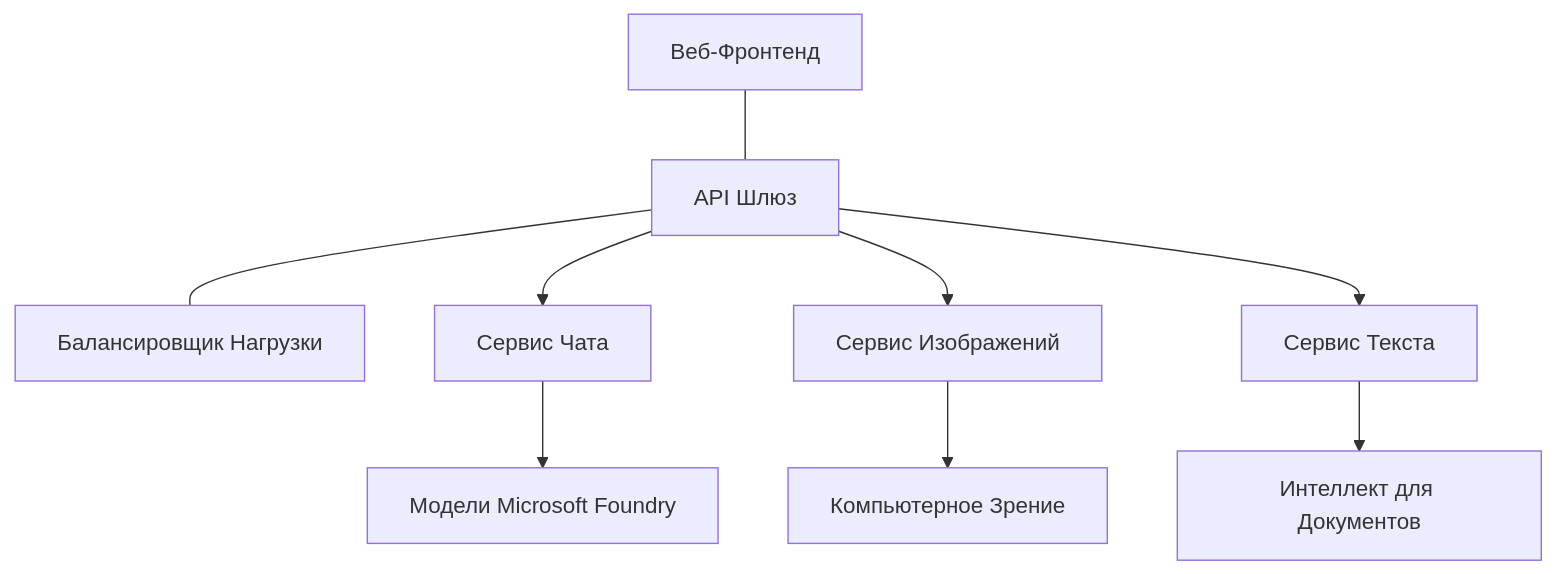
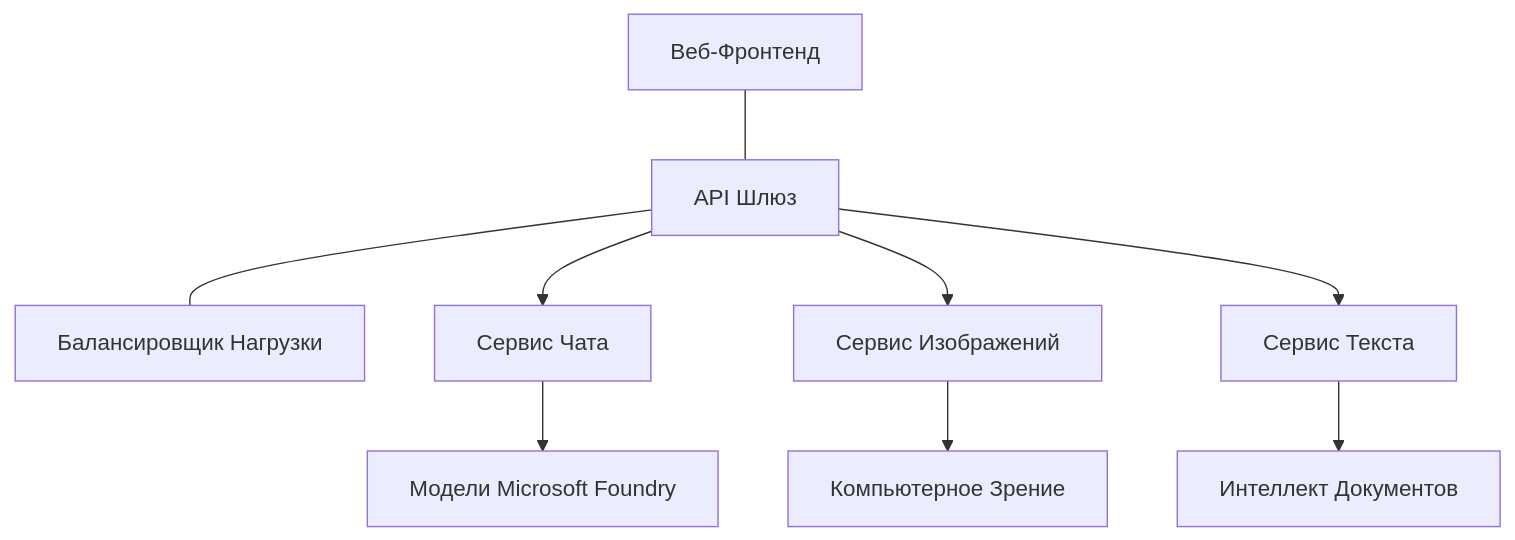
The diagram in translations/ru/docs/chapter-08-production/production-ai-practices.md (microsoft/AZD-for-beginners), drawn with Mermaid before and after one commit. The commit also changed other lines of this file and 101 other files, not shown here.

````diff
--- a/translations/ru/docs/chapter-08-production/production-ai-practices.md
+++ b/translations/ru/docs/chapter-08-production/production-ai-practices.md
@@ -30,10 +30,10 @@
 ```mermaid
 graph TD
     Frontend[Веб-Фронтенд] --- Gateway[API Шлюз] --- LB[Балансировщик Нагрузки]
     Gateway --> Chat[Сервис Чата]
     Gateway --> Image[Сервис Изображений]
     Gateway --> Text[Сервис Текста]
     Chat --> OpenAI[Модели Microsoft Foundry]
     Image --> Vision[Компьютерное Зрение]
-    Text --> DocIntel[Интеллект для Документов]
+    Text --> DocIntel[Интеллект Документов]
 ```
````
